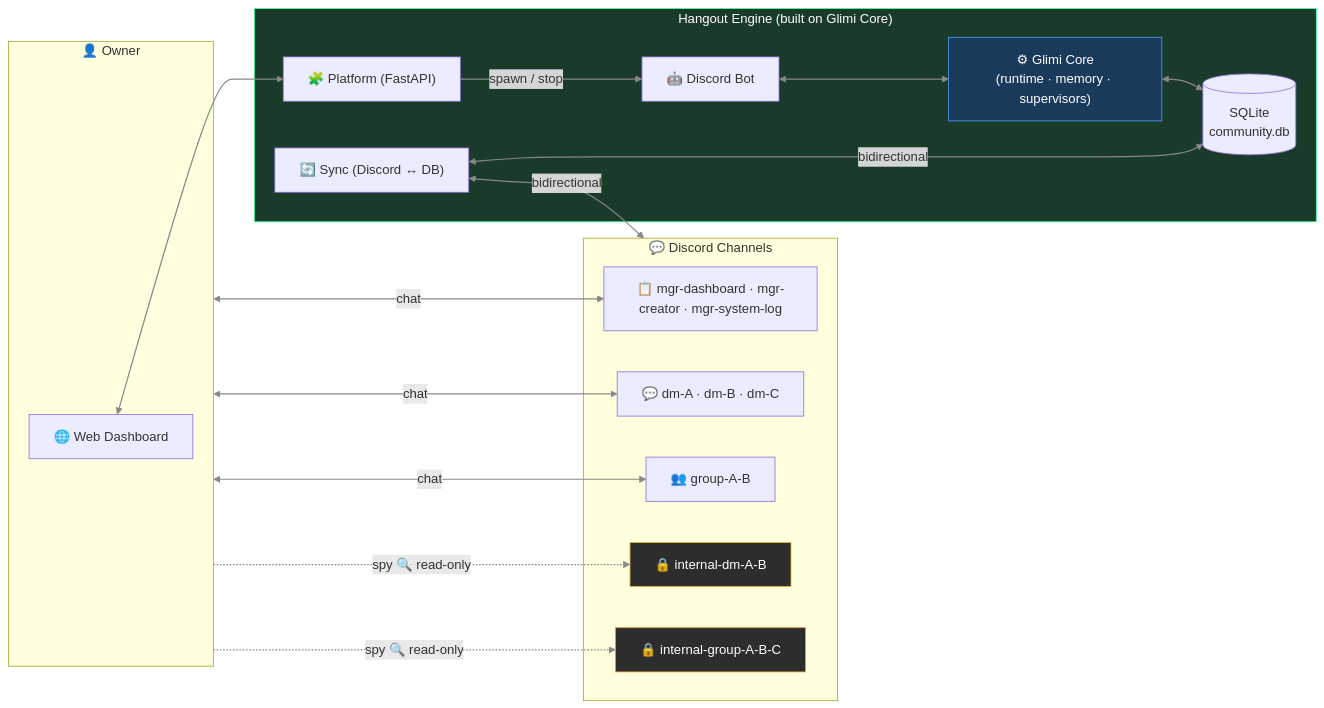
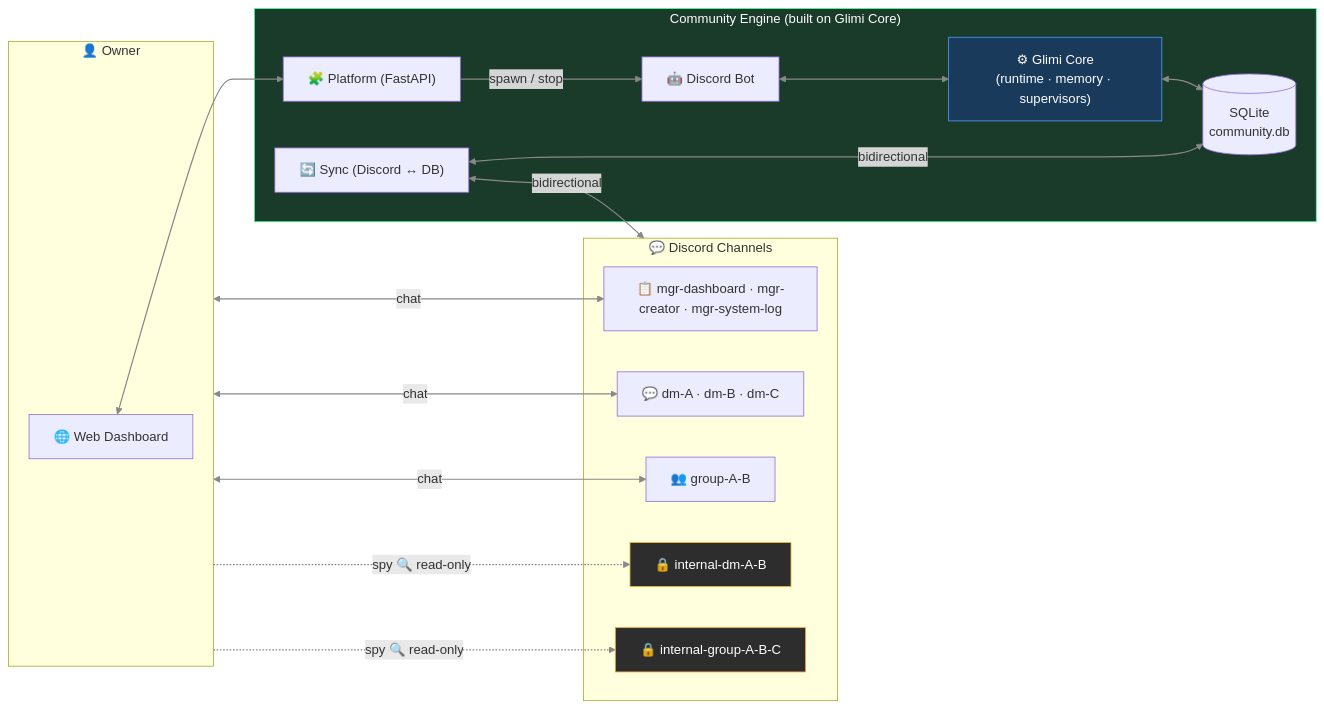
One commit to je-empty/Glimi changed the third of 3 diagrams in README.md. Above: the diagram before and after it, drawn with Mermaid. The commit also changed other lines of this file and 15 other files, not shown here.

First line of the commit message:
rebrand: Glimi Hangout → Glimi Community (앱 명칭 일괄)

````diff
--- a/README.md
+++ b/README.md
@@ -300,36 +300,36 @@
 ```mermaid
 flowchart LR
     linkStyle default stroke:#888,stroke-width:1.5px
     subgraph Owner["👤 Owner"]
         Browser["🌐 Web Dashboard"]
     end
 
-    subgraph Engine["Hangout Engine (built on Glimi Core)"]
+    subgraph Engine["Community Engine (built on Glimi Core)"]
         Plat["🧩 Platform (FastAPI)"]
         Bot["🤖 Discord Bot"]
         Core["⚙ Glimi Core<br/>(runtime · memory · supervisors)"]
         DB[("SQLite<br/>community.db")]
         Sync["🔄 Sync (Discord ↔ DB)"]
     end
 
     subgraph Discord["💬 Discord Channels"]
         Mgr["📋 mgr-dashboard · mgr-creator · mgr-system-log"]
         DM["💬 dm-A · dm-B · dm-C"]
         Grp["👥 group-A-B"]
         SecDM["🔒 internal-dm-A-B"]
         SecGrp["🔒 internal-group-A-B-C"]
     end
 
     Browser <--> Plat
     Plat -->|"spawn / stop"| Bot
     Owner <-->|"chat"| Mgr & DM & Grp
     Owner -. "spy 🔍 read-only" .-> SecDM & SecGrp
     Bot <--> Core
     Core <--> DB
     Sync <-->|"bidirectional"| DB & Discord
 
     style Engine fill:#1a3a2a,stroke:#4aff9e,color:#fff
     style Core fill:#1a3a5c,stroke:#4a9eff,color:#fff
     style SecDM fill:#2d2d2d,stroke:#f5c542,color:#fff
     style SecGrp fill:#2d2d2d,stroke:#f5a142,color:#fff
 ```
````
